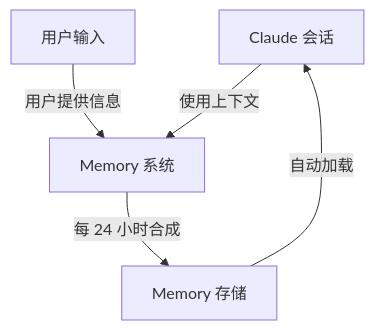
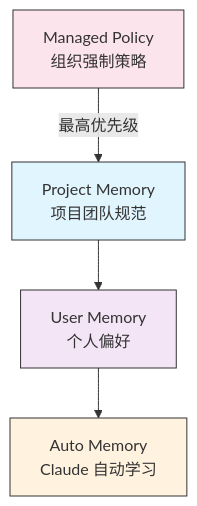
The first of 3 diagrams in 04-memory/README.md (hellojoju/claude-code-lesson), drawn with Mermaid before and after one commit. The commit also changed other lines of this file and 11 other files, not shown here.

````diff
--- a/04-memory/README.md
+++ b/04-memory/README.md
@@ -218,12 +36,11 @@
 ```mermaid
 graph TB
-    A["Claude 会话"]
-    B["用户输入"]
-    C["Memory 系统"]
-    D["Memory 存储"]
+    A["Managed Policy<br/>组织强制策略"] -->|最高优先级| B["Project Memory<br/>项目团队规范"]
+    B --> C["User Memory<br/>个人偏好"]
+    C --> D["Auto Memory<br/>Claude 自动学习"]
 
-    B -->|用户提供信息| C
-    C -->|每 24 小时合成| D
-    D -->|自动加载| A
-    A -->|使用上下文| C
+    style A fill:#fce4ec,stroke:#333,color:#333
+    style B fill:#e1f5fe,stroke:#333,color:#333
+    style C fill:#f3e5f5,stroke:#333,color:#333
+    style D fill:#fff3e0,stroke:#333,color:#333
 ```
````
